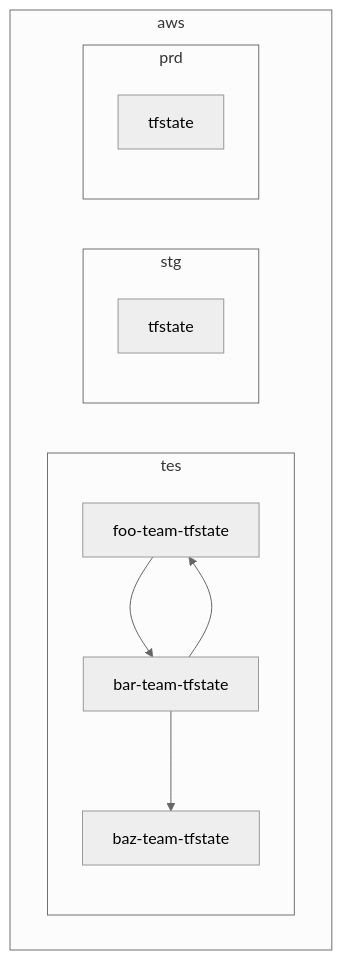
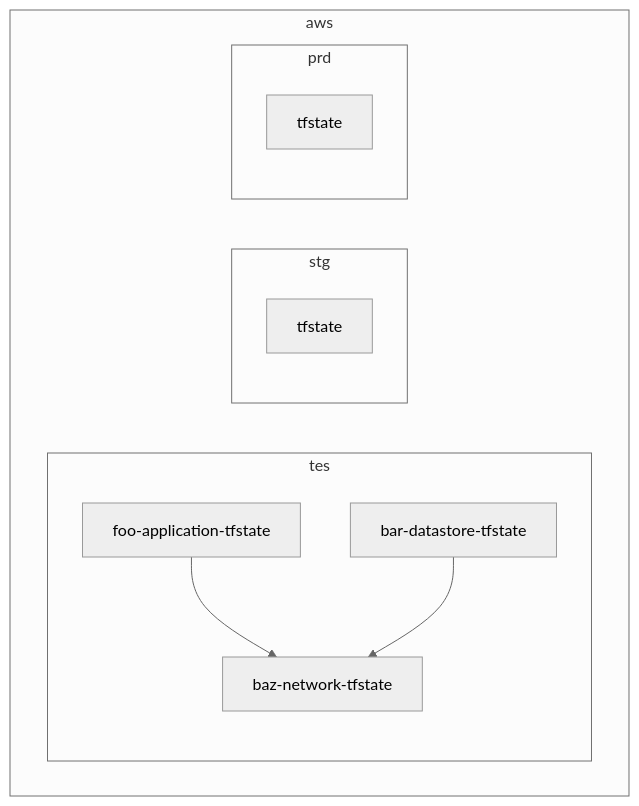
One commit to hiroki-it/tech-notebook changed the fourth of 5 diagrams in docs/infrastructure_as_code/infrastructure_as_code_terraform_policy_tfstate.md. Above: the diagram before and after it, drawn with Mermaid (neutral theme). The commit also changed other lines of this file and 8 other files, not shown here.

````diff
--- a/docs/infrastructure_as_code/infrastructure_as_code_terraform_policy_tfstate.md
+++ b/docs/infrastructure_as_code/infrastructure_as_code_terraform_policy_tfstate.md
@@ -357,16 +372,16 @@
 ```mermaid
-graph TD
+graph TB
     subgraph aws
     subgraph tes
-    A[foo-team-tfstate]-->B
-    B[bar-team-tfstate]-->A
-    B-->C[baz-team-tfstate]
+    A[foo-application-tfstate]-->C
+    B[bar-datastore-tfstate]-->C
+    C[baz-network-tfstate]
     end
     subgraph stg
     D[tfstate]
     end
     subgraph prd
     e[tfstate]
     end
     end
 ```
````
